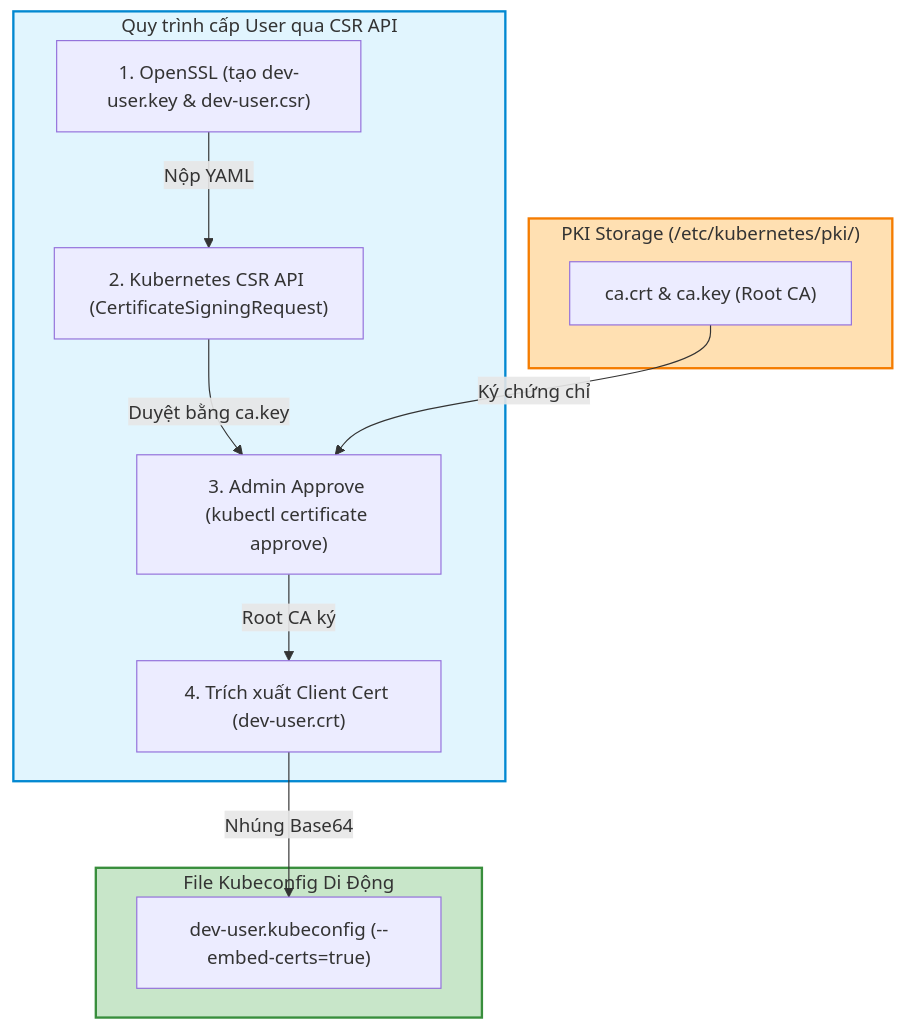
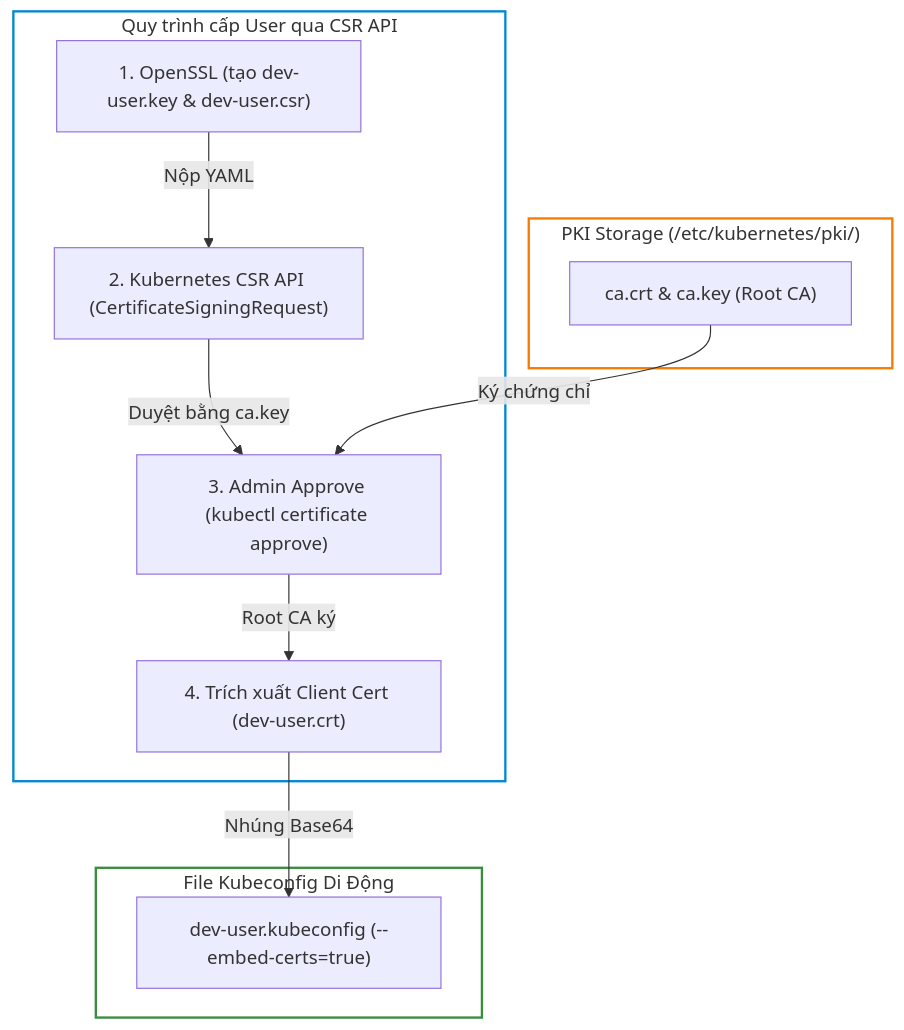
The third of 3 diagrams in _posts/2026-09-12-cka-07-07-chung-chi-pki-va-kubeconfig.md (kiennt308/ntk), drawn with Mermaid before and after one commit. The commit also changed other lines of this file and 207 other files, not shown here.

Commit message:
feat(posts): batch standardize all 208 posts with TL;DR, qa-card accordion, fill:none mermaid, and liquid raw wrappers

````diff
--- a/_posts/2026-09-12-cka-07-07-chung-chi-pki-va-kubeconfig.md
+++ b/_posts/2026-09-12-cka-07-07-chung-chi-pki-va-kubeconfig.md
@@ -500,27 +504,27 @@
 ```mermaid
 graph TD
     subgraph PKI_Storage ["PKI Storage (/etc/kubernetes/pki/)"]
         ROOT_CA["ca.crt & ca.key (Root CA)"]
     end
 
     subgraph CSR_Workflow ["Quy trình cấp User qua CSR API"]
         OPENSSL["1. OpenSSL (tạo dev-user.key & dev-user.csr)"]
         CSR_OBJ["2. Kubernetes CSR API (CertificateSigningRequest)"]
         APPROVE["3. Admin Approve (kubectl certificate approve)"]
         CERT_OUT["4. Trích xuất Client Cert (dev-user.crt)"]
     end
 
     subgraph Kubeconfig_Output ["File Kubeconfig Di Động"]
         KUBECONFIG["dev-user.kubeconfig (--embed-certs=true)"]
     end
 
     OPENSSL -->|Nộp YAML| CSR_OBJ
     CSR_OBJ -->|Duyệt bằng ca.key| APPROVE
     APPROVE -->|Root CA ký| CERT_OUT
     CERT_OUT -->|Nhúng Base64| KUBECONFIG
     ROOT_CA -->|Ký chứng chỉ| APPROVE
 
-    style PKI_Storage fill:#ffe0b2,stroke:#f57c00,stroke-width:2px
-    style CSR_Workflow fill:#e1f5fe,stroke:#0288d1,stroke-width:2px
-    style Kubeconfig_Output fill:#c8e6c9,stroke:#388e3c,stroke-width:2px
+    style PKI_Storage fill:none,stroke:#f57c00,stroke-width:2px
+    style CSR_Workflow fill:none,stroke:#0288d1,stroke-width:2px
+    style Kubeconfig_Output fill:none,stroke:#388e3c,stroke-width:2px
 ```
````
